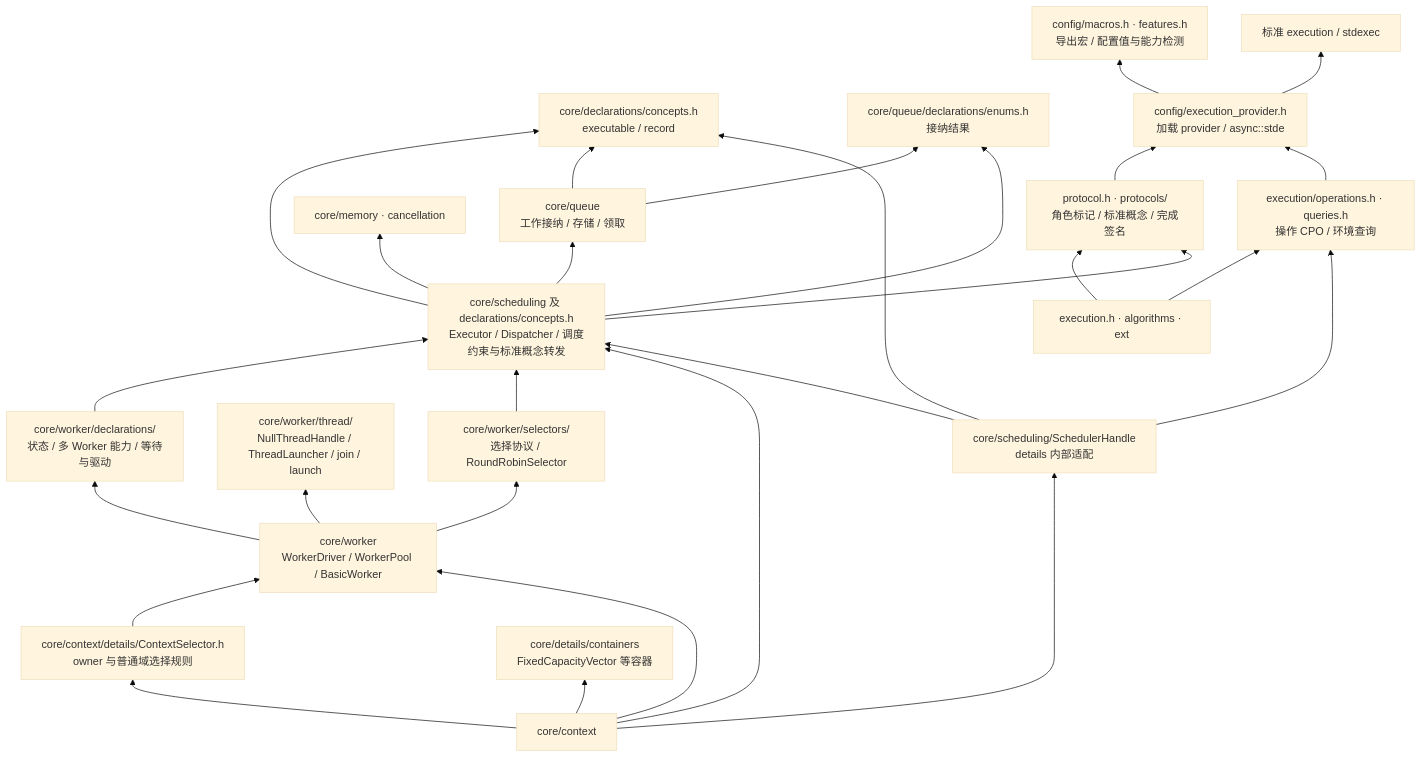
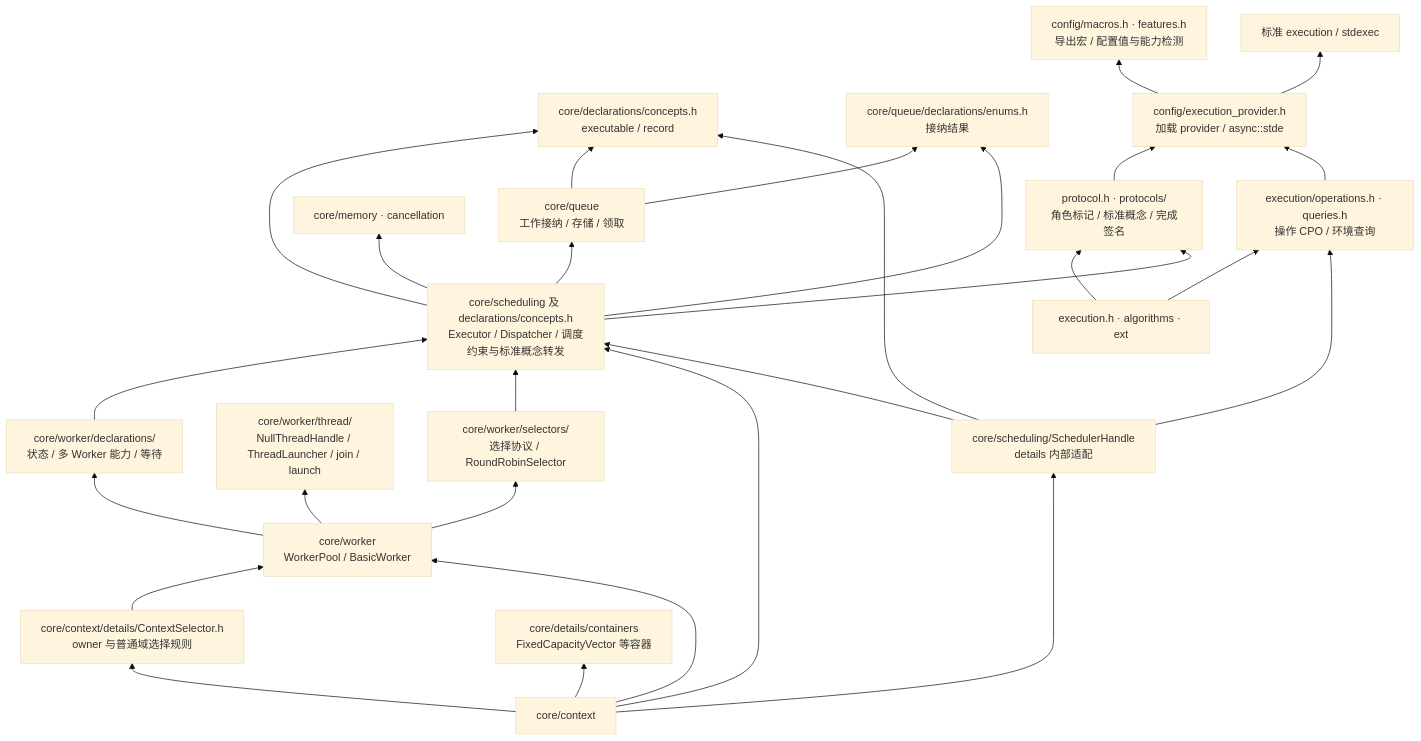
The first of 4 diagrams in CORE_DESIGN.md (mmmmmcree/async), drawn with Mermaid (base theme) before and after one commit. The commit also changed other lines of this file and 11 other files, not shown here.

````diff
--- a/CORE_DESIGN.md
+++ b/CORE_DESIGN.md
@@ -45,49 +45,49 @@
 ```mermaid
 flowchart BT
     P["core/declarations/concepts.h<br/>executable / record"]
     B["core/queue/declarations/enums.h<br/>接纳结果"]
     Q["core/queue<br/>工作接纳 / 存储 / 领取"]
-    T["core/worker/declarations/<br/>状态 / 多 Worker 能力 / 等待与驱动"]
+    T["core/worker/declarations/<br/>状态 / 多 Worker 能力 / 等待"]
     TH["core/worker/thread/<br/>NullThreadHandle / ThreadLauncher / join / launch"]
     SL["core/worker/selectors/<br/>选择协议 / RoundRobinSelector"]
-    W["core/worker<br/>WorkerDriver / WorkerPool / BasicWorker"]
+    W["core/worker<br/>WorkerPool / BasicWorker"]
     CS["core/context/details/ContextSelector.h<br/>owner 与普通域选择规则"]
     M["core/memory · cancellation"]
     K["core/details/containers<br/>FixedCapacityVector 等容器"]
     R["core/scheduling 及 declarations/concepts.h<br/>Executor / Dispatcher / 调度约束与标准概念转发"]
     C["core/context"]
     EP["protocol.h · protocols/<br/>角色标记 / 标准概念 / 完成签名"]
     O["execution/operations.h · queries.h<br/>操作 CPO / 环境查询"]
     E["execution.h · algorithms · ext"]
     F["config/execution_provider.h<br/>加载 provider / async::stde"]
     FM["config/macros.h · features.h<br/>导出宏 / 配置值与能力检测"]
     S["标准 execution / stdexec"]
     A["core/scheduling/SchedulerHandle<br/>details 内部适配"]
     R --> P
     R --> Q
     Q --> B
     Q --> P
     R --> B
     W --> T
     W --> TH
     W --> SL
     T --> R
     SL --> R
     CS --> W
     R --> M
     C --> R
     C --> A
     C --> K
     C --> W
     C --> CS
     E --> EP
     E --> O
     EP --> F
     O --> F
     F --> FM
     F --> S
     R --> EP
     A --> R
     A --> P
     A --> O
 ```
````
